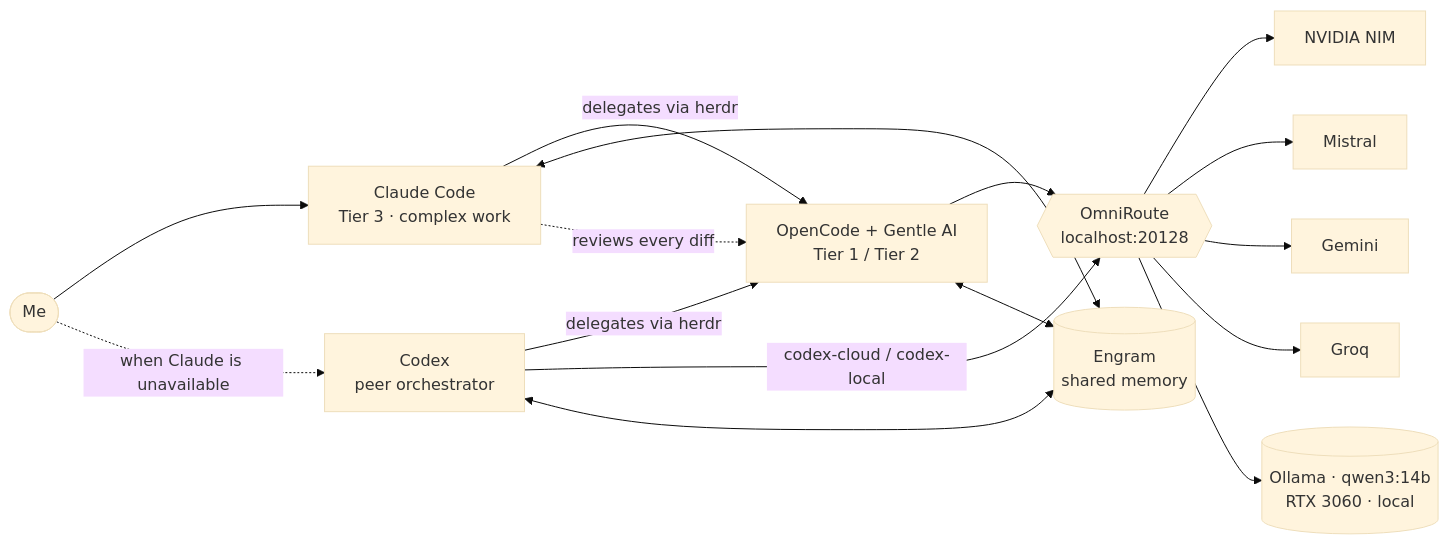
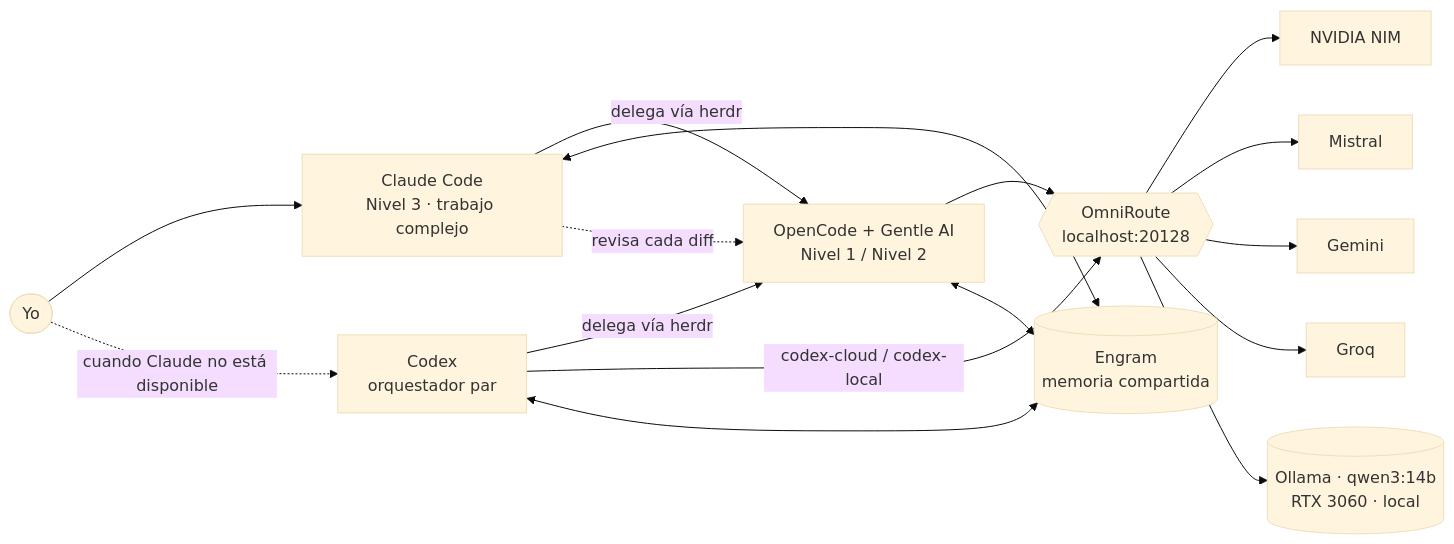
Before and after one commit to elvinlab/agentic-dev-setup: the diagram in README.md, drawn with Mermaid (base theme). The commit also changed other lines of this file and 1 other file, not shown here.

````diff
--- a/README.md
+++ b/README.md
@@ -34,18 +36,18 @@
 ```mermaid
 flowchart LR
-    U([Me]) --> C[Claude Code<br/>Tier 3 · complex work]
-    U -. "when Claude is unavailable" .-> X[Codex<br/>peer orchestrator]
-    C -- "delegates via herdr" --> O[OpenCode + Gentle AI<br/>Tier 1 / Tier 2]
-    X -- "delegates via herdr" --> O
+    U([Yo]) --> C[Claude Code<br/>Nivel 3 · trabajo complejo]
+    U -. "cuando Claude no está disponible" .-> X[Codex<br/>orquestador par]
+    C -- "delega vía herdr" --> O[OpenCode + Gentle AI<br/>Nivel 1 / Nivel 2]
+    X -- "delega vía herdr" --> O
     X -- "codex-cloud / codex-local" --> R
     O --> R{{OmniRoute<br/>localhost:20128}}
     R --> N[NVIDIA NIM]
     R --> M[Mistral]
     R --> G[Gemini]
     R --> Q[Groq]
     R --> L[(Ollama · qwen3:14b<br/>RTX 3060 · local)]
-    C <--> E[(Engram<br/>shared memory)]
+    C <--> E[(Engram<br/>memoria compartida)]
     O <--> E
     X <--> E
-    C -. "reviews every diff" .-> O
+    C -. "revisa cada diff" .-> O
 ```
````
